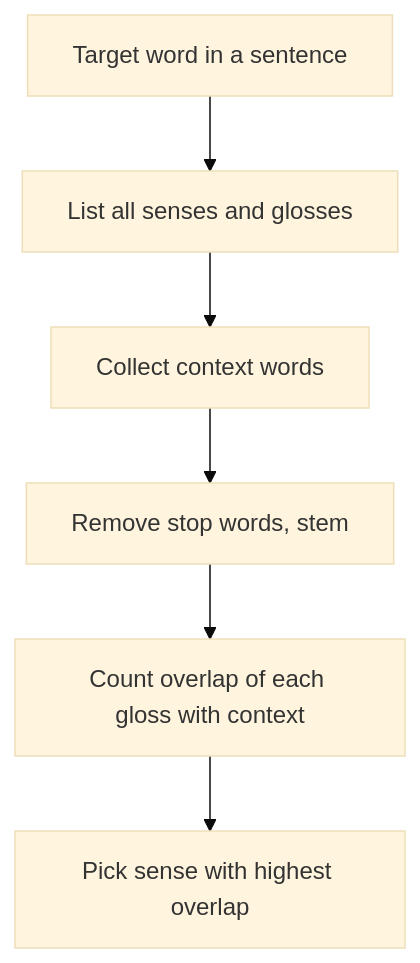
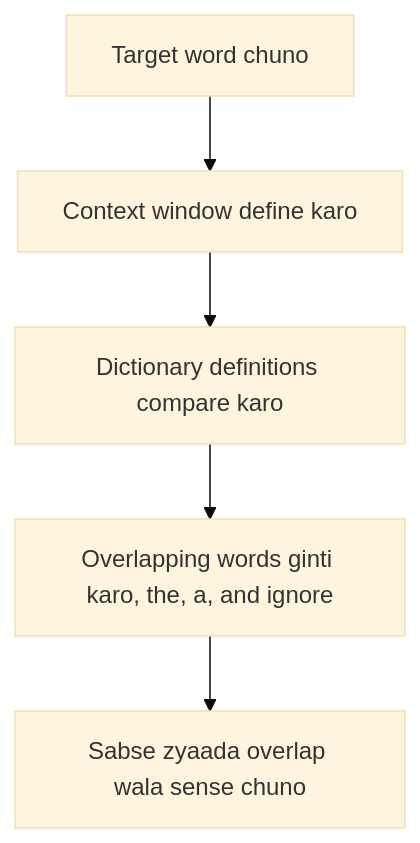
The diagram in content/natural-language-processing/pyq/2024-05-ce/q4a.hi.mdx (TrendySloth1001/sem-seven-notes), drawn with Mermaid (base theme) before and after one commit. The commit also changed other lines of this file and 406 other files, not shown here.

````diff
--- a/content/natural-language-processing/pyq/2024-05-ce/q4a.hi.mdx
+++ b/content/natural-language-processing/pyq/2024-05-ce/q4a.hi.mdx
@@ -17,9 +57,8 @@
 ```mermaid
-%% caption: Ek target word ke liye Lesk flow. Sabse zyada overlap wala sense jeetta hai.
+%% caption: Lesk algorithm ek flow ki tarah.
 flowchart TD
-  A["Target word in a sentence"] --> B["List all senses and glosses"]
-  B --> C["Collect context words"]
-  C --> D["Remove stop words, stem"]
-  D --> E["Count overlap of each gloss with context"]
-  E --> F["Pick sense with highest overlap"]
+  A["Target word chuno"] --> B["Context window define karo"]
+  B --> C["Dictionary definitions compare karo"]
+  C --> D["Overlapping words ginti karo, the, a, and ignore"]
+  D --> E["Sabse zyaada overlap wala sense chuno"]
 ```
````
